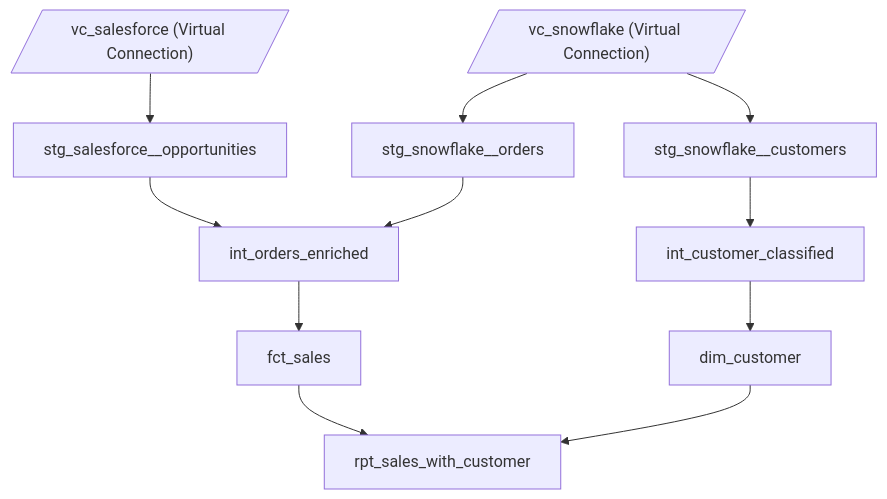
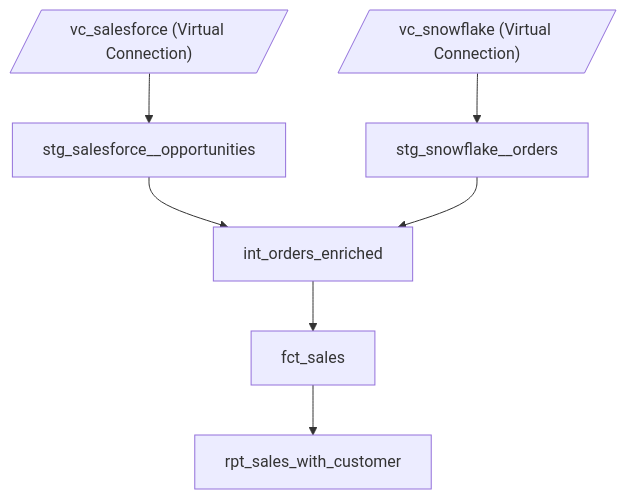
One commit to YoshitakaArakawa/tableau-prep-architect changed the diagram in references/decomposition-plan-format.md. Above: the diagram before and after it, drawn with Mermaid. The commit also changed other lines of this file and 40 other files, not shown here.

````diff
--- a/references/decomposition-plan-format.md
+++ b/references/decomposition-plan-format.md
@@ -385,24 +340,14 @@
 ```mermaid
 graph TD
   vc_salesforce[/"vc_salesforce (Virtual Connection)"/]
   vc_snowflake[/"vc_snowflake (Virtual Connection)"/]
   stg_sf[stg_salesforce__opportunities]
   stg_orders[stg_snowflake__orders]
-  stg_customers[stg_snowflake__customers]
   int_orders[int_orders_enriched]
-  int_customer[int_customer_classified]
   fct_sales[fct_sales]
-  dim_cust[dim_customer]
   rpt_combined[rpt_sales_with_customer]
 
-  vc_salesforce --> stg_sf
-  vc_snowflake --> stg_orders
-  vc_snowflake --> stg_customers
-  stg_orders --> int_orders
-  stg_sf --> int_orders
-  stg_customers --> int_customer
-  int_orders --> fct_sales
-  int_customer --> dim_cust
-  fct_sales --> rpt_combined
-  dim_cust --> rpt_combined
+  vc_salesforce --> stg_sf --> int_orders
+  vc_snowflake --> stg_orders --> int_orders
+  int_orders --> fct_sales --> rpt_combined
 ```
````
